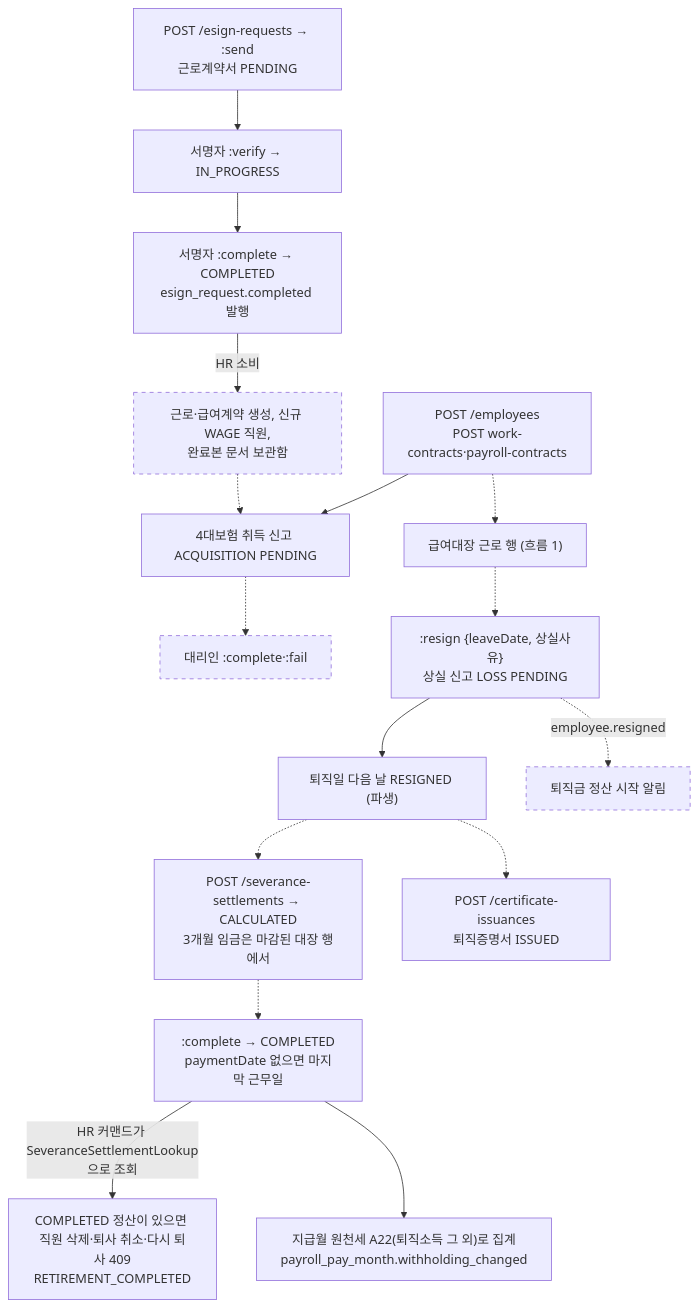
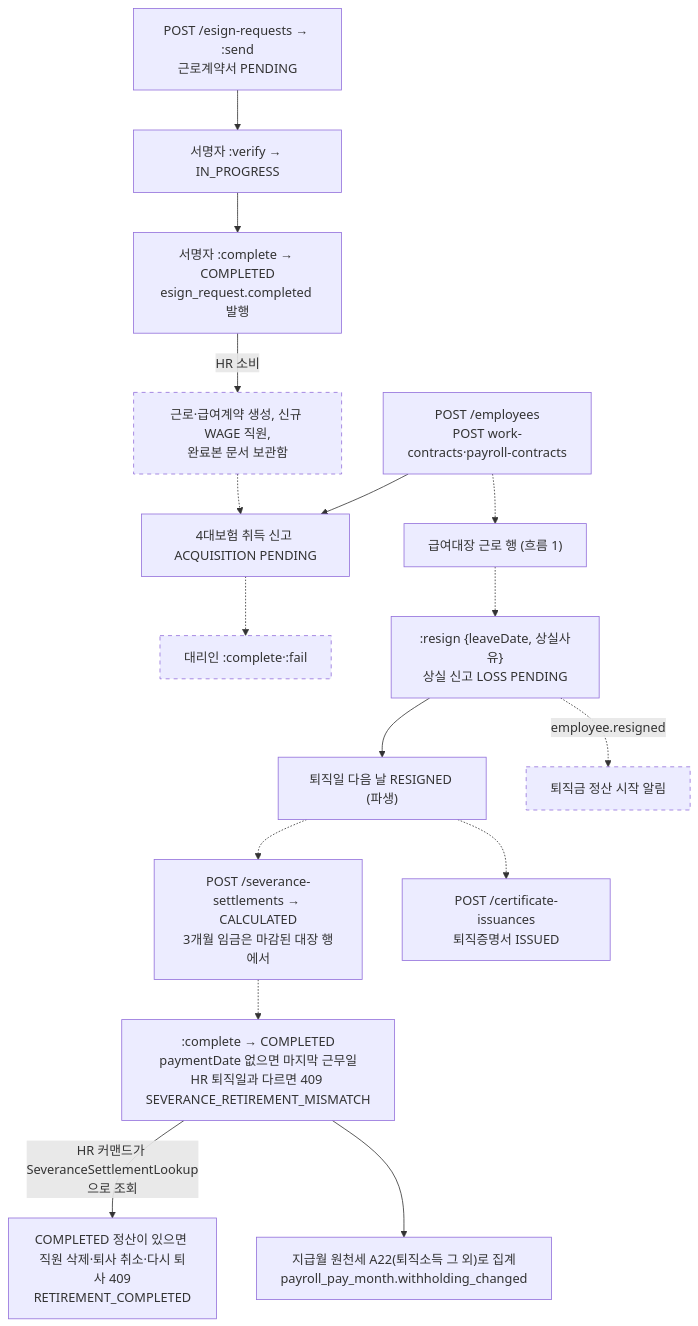
The second of 3 diagrams in docs/design/lifecycles.md (cbcruk/semu), drawn with Mermaid before and after one commit. The commit also changed other lines of this file and 10 other files, not shown here.

````diff
--- a/docs/design/lifecycles.md
+++ b/docs/design/lifecycles.md
@@ -93,20 +93,20 @@
 ```mermaid
 flowchart TD
   esign["POST /esign-requests → :send<br/>근로계약서 PENDING"] --> verify["서명자 :verify → IN_PROGRESS"]
   verify --> complete["서명자 :complete → COMPLETED<br/>esign_request.completed 발행"]
   complete -- "HR 소비" --> hrmake["근로·급여계약 생성, 신규 WAGE 직원,<br/>완료본 문서 보관함"]:::todo
   manual["POST /employees<br/>POST work-contracts·payroll-contracts"] --> acq["4대보험 취득 신고 ACQUISITION PENDING"]
   hrmake -.-> acq
   acq -.-> agentdo["대리인 :complete·:fail"]:::todo
   manual -.-> payroll["급여대장 근로 행 (흐름 1)"]
   payroll -.-> resign[":resign {leaveDate, 상실사유}<br/>상실 신고 LOSS PENDING"]
   resign --> resigned["퇴직일 다음 날 RESIGNED (파생)"]
   resign -. "employee.resigned" .-> start["퇴직금 정산 시작 알림"]:::todo
   resigned -.-> sev["POST /severance-settlements → CALCULATED<br/>3개월 임금은 마감된 대장 행에서"]
-  sev -.-> sevdone[":complete → COMPLETED<br/>paymentDate 없으면 마지막 근무일"]
+  sev -.-> sevdone[":complete → COMPLETED<br/>paymentDate 없으면 마지막 근무일<br/>HR 퇴직일과 다르면 409 SEVERANCE_RETIREMENT_MISMATCH"]
   sevdone -- "HR 커맨드가 SeveranceSettlementLookup으로 조회" --> guard["COMPLETED 정산이 있으면 직원 삭제·퇴사 취소·다시 퇴사 409<br/>RETIREMENT_COMPLETED"]
   sevdone --> a22["지급월 원천세 A22(퇴직소득 그 외)로 집계<br/>payroll_pay_month.withholding_changed"]
   resigned -.-> cert["POST /certificate-issuances<br/>퇴직증명서 ISSUED"]
   classDef todo stroke-dasharray: 5 5
   classDef open stroke-width: 3px
 ```
````
